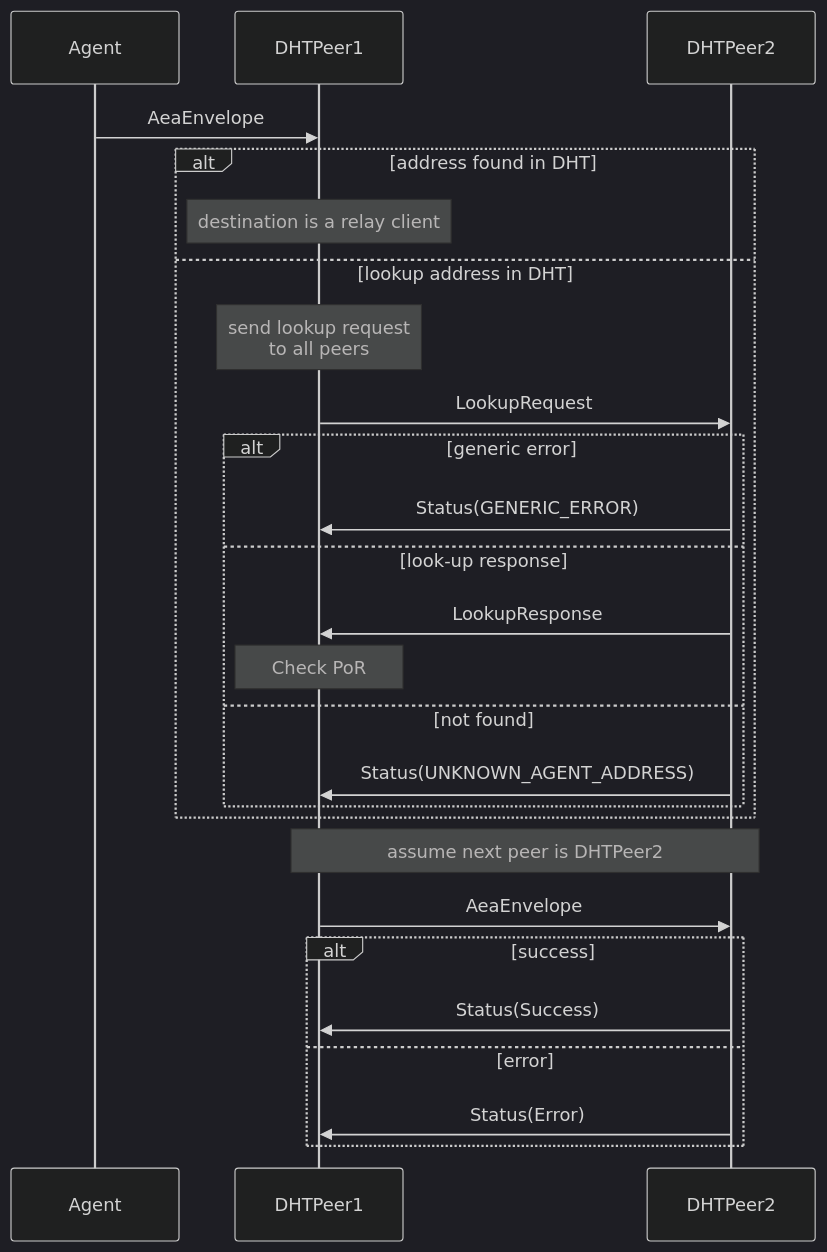
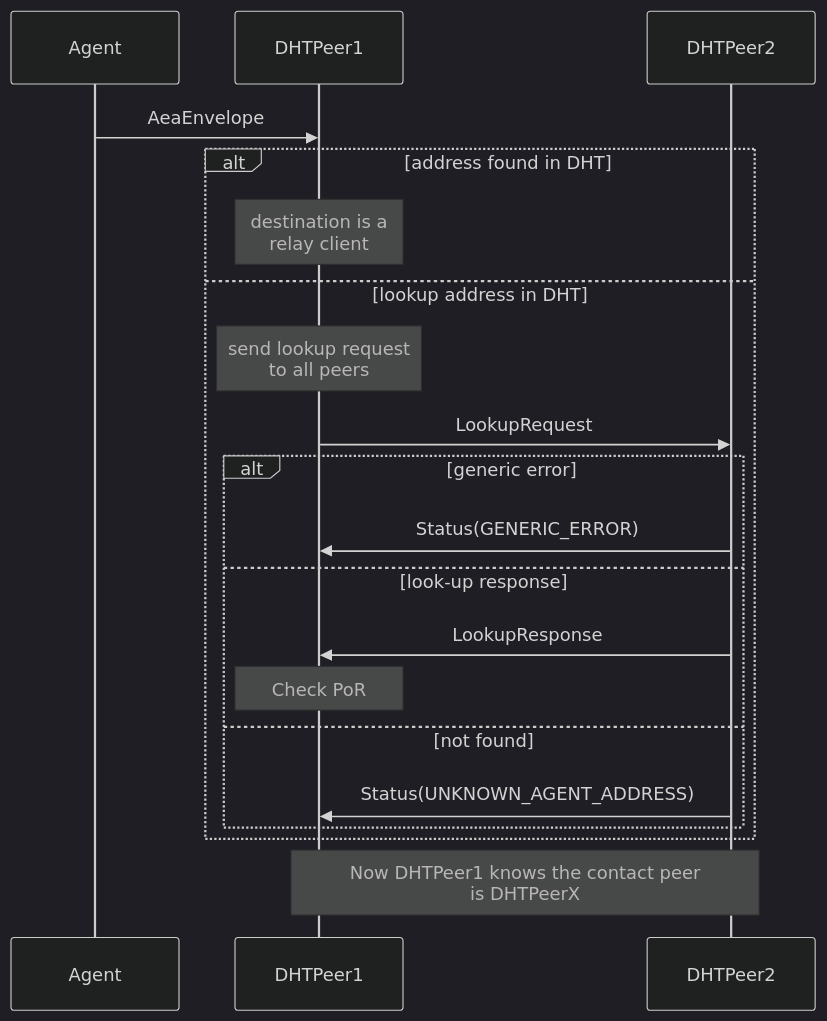
One commit to legendarydeveloper919/agents-aea changed the sixth of 9 diagrams in docs/acn-internals.md. Above: the diagram before and after it, drawn with Mermaid (dark theme). The commit also changed other lines of this file, not shown here.

Commit message:
docs: add routing to contact peer

```diff
--- a/docs/acn-internals.md
+++ b/docs/acn-internals.md
@@ -309,28 +313,22 @@
 <div class="mermaid">
     sequenceDiagram
         participant Agent
         participant DHTPeer1
         participant DHTPeer2
         Agent->>DHTPeer1: AeaEnvelope
         alt address found in DHT
-            note over DHTPeer1: destination is a relay client
+            note over DHTPeer1: destination is a<br/>relay client
         else lookup address in DHT
             note over DHTPeer1: send lookup request<br/> to all peers
             DHTPeer1->>DHTPeer2: LookupRequest
             alt generic error
                 DHTPeer2->>DHTPeer1: Status(GENERIC_ERROR)
             else look-up response
                 DHTPeer2->>DHTPeer1: LookupResponse
                 note over DHTPeer1: Check PoR
             else not found
                 DHTPeer2->>DHTPeer1:Status(UNKNOWN_AGENT_ADDRESS)
             end
         end
-        note over DHTPeer1,DHTPeer2: assume next peer is DHTPeer2
-        DHTPeer1->>DHTPeer2: AeaEnvelope
-        alt success
-            DHTPeer2->>DHTPeer1: Status(Success)
-        else error
-            DHTPeer2->>DHTPeer1: Status(Error)
-        end
+        note over DHTPeer1,DHTPeer2: Now DHTPeer1 knows the contact peer<br/>is DHTPeerX
 </div>
```
